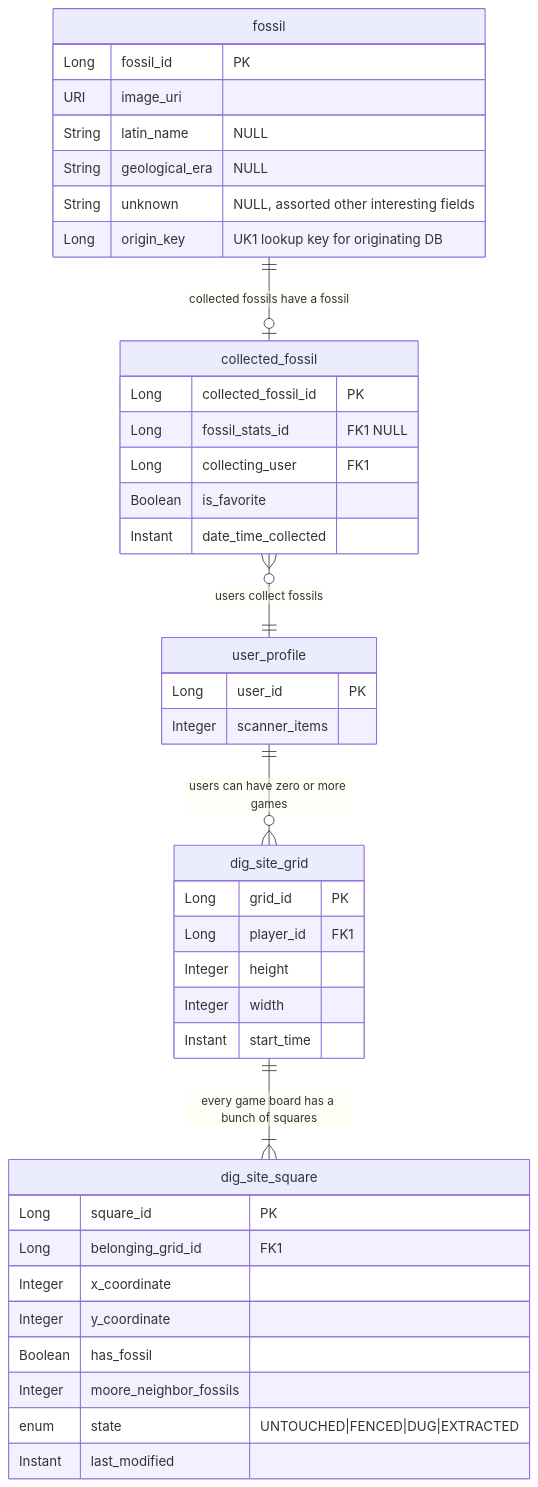
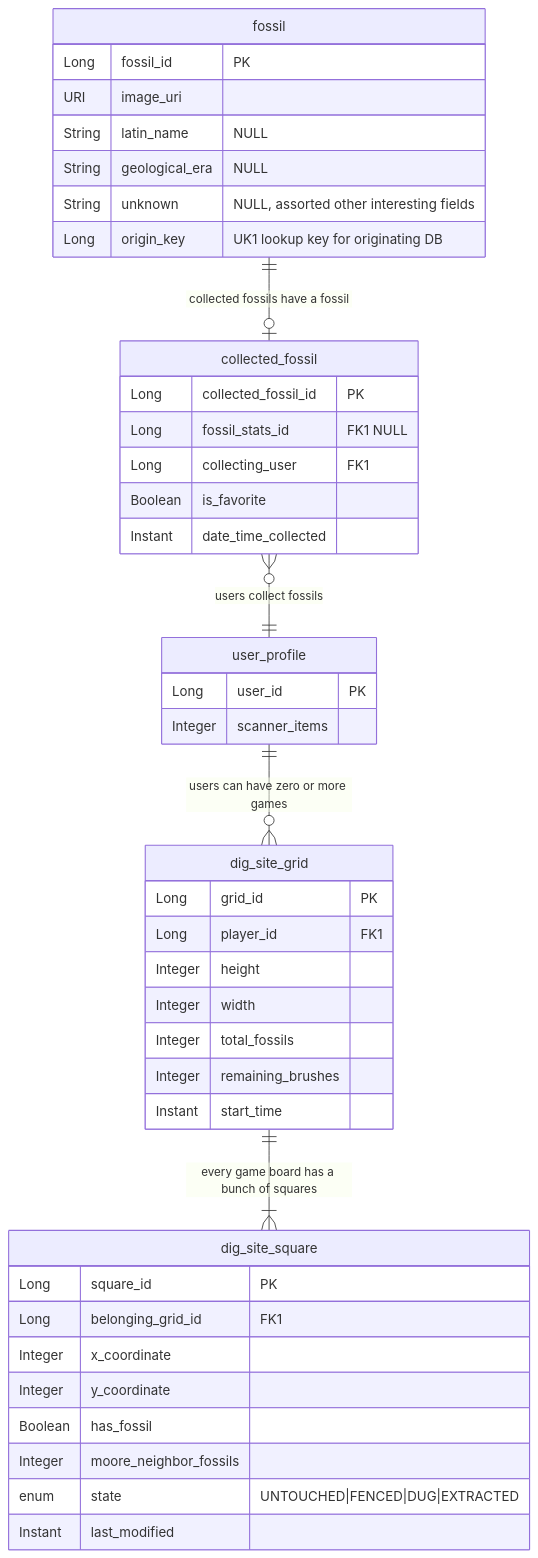
Before and after one commit to dd-java-22/fossil-sweeper-GilesVolmir: the diagram in docs/mermaid/erd.mermaid, drawn with Mermaid. The commit also changed 1 other file, not shown here.

Commit message:
Change by Claude: Add DAO method and update ERD for new fields
Added updateRemainingBrushes method to DigSiteGridDao for updating the
mutable remainingBrushes field. Updated ERD diagram to include both
totalFossils and remainingBrushes fields in dig_site_grid entity.

Prompt: I added the totalFossils and remainingBrushes fields to this entity class. let's bubble that change through to everything else that needs to change because of it.

```diff
--- a/docs/mermaid/erd.mermaid
+++ b/docs/mermaid/erd.mermaid
@@ -1,41 +1,43 @@
 erDiagram
     collected_fossil }o--|| user_profile : "users collect fossils"
     fossil ||--o| collected_fossil : "collected fossils have a fossil"
     user_profile ||--o{ dig_site_grid : "users can have zero or more games"
     dig_site_grid ||--|{ dig_site_square : "every game board has a bunch of squares"
     fossil {
         Long fossil_id "PK"
         URI image_uri
         String latin_name "NULL"
         String geological_era "NULL"
         String unknown "NULL, assorted other interesting fields"
         Long origin_key "UK1 lookup key for originating DB"
     }
     collected_fossil {
         Long collected_fossil_id "PK"
         Long fossil_stats_id "FK1 NULL"
         Long collecting_user "FK1"
         Boolean is_favorite
         Instant date_time_collected
     }
     user_profile {
         Long user_id "PK"
         Integer scanner_items
     }
     dig_site_grid {
         Long grid_id "PK"
         Long player_id "FK1"
         Integer height
         Integer width
+        Integer total_fossils
+        Integer remaining_brushes
         Instant start_time
     }
     dig_site_square {
         Long square_id "PK"
         Long belonging_grid_id "FK1"
         Integer x_coordinate
         Integer y_coordinate
         Boolean has_fossil
         Integer moore_neighbor_fossils
         enum state "UNTOUCHED|FENCED|DUG|EXTRACTED"
         Instant last_modified
     }
```
